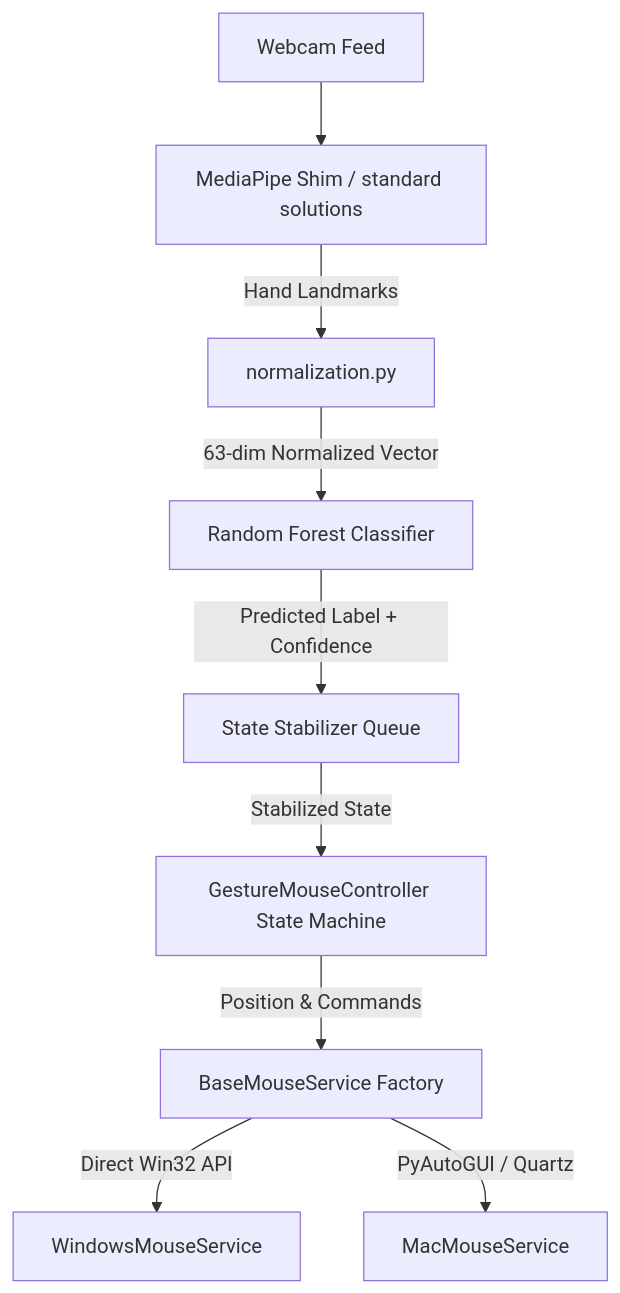
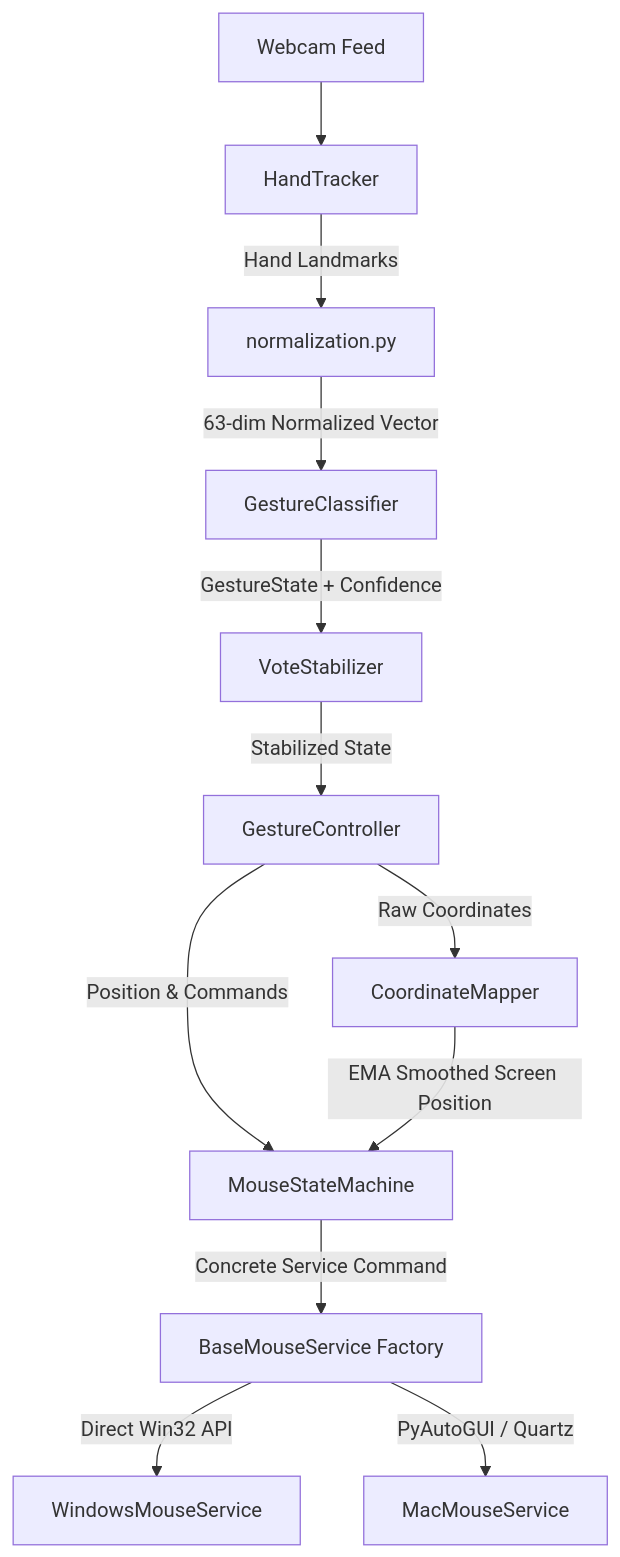
The diagram in README.md (Atara57769/hybrid-gesture-mouse), drawn with Mermaid before and after one commit. The commit also changed other lines of this file and 27 other files, not shown here.

Commit message:
feat: reorganize project structure and implement modular mouse controller architecture

````diff
--- a/README.md
+++ b/README.md
@@ -28,11 +30,14 @@
 ```mermaid
 graph TD
-    A[Webcam Feed] --> B[MediaPipe Shim / standard solutions]
+    A[Webcam Feed] --> B[HandTracker]
     B -->|Hand Landmarks| C[normalization.py]
-    C -->|63-dim Normalized Vector| D[Random Forest Classifier]
-    D -->|Predicted Label + Confidence| E[State Stabilizer Queue]
-    E -->|Stabilized State| F[GestureMouseController State Machine]
-    F -->|Position & Commands| G[BaseMouseService Factory]
-    G -->|Direct Win32 API| H[WindowsMouseService]
-    G -->|PyAutoGUI / Quartz| I[MacMouseService]
+    C -->|63-dim Normalized Vector| D[GestureClassifier]
+    D -->|GestureState + Confidence| E[VoteStabilizer]
+    E -->|Stabilized State| F[GestureController]
+    F -->|Position & Commands| G[MouseStateMachine]
+    F -->|Raw Coordinates| H[CoordinateMapper]
+    H -->|EMA Smoothed Screen Position| G
+    G -->|Concrete Service Command| I[BaseMouseService Factory]
+    I -->|Direct Win32 API| J[WindowsMouseService]
+    I -->|PyAutoGUI / Quartz| K[MacMouseService]
 ```
````
